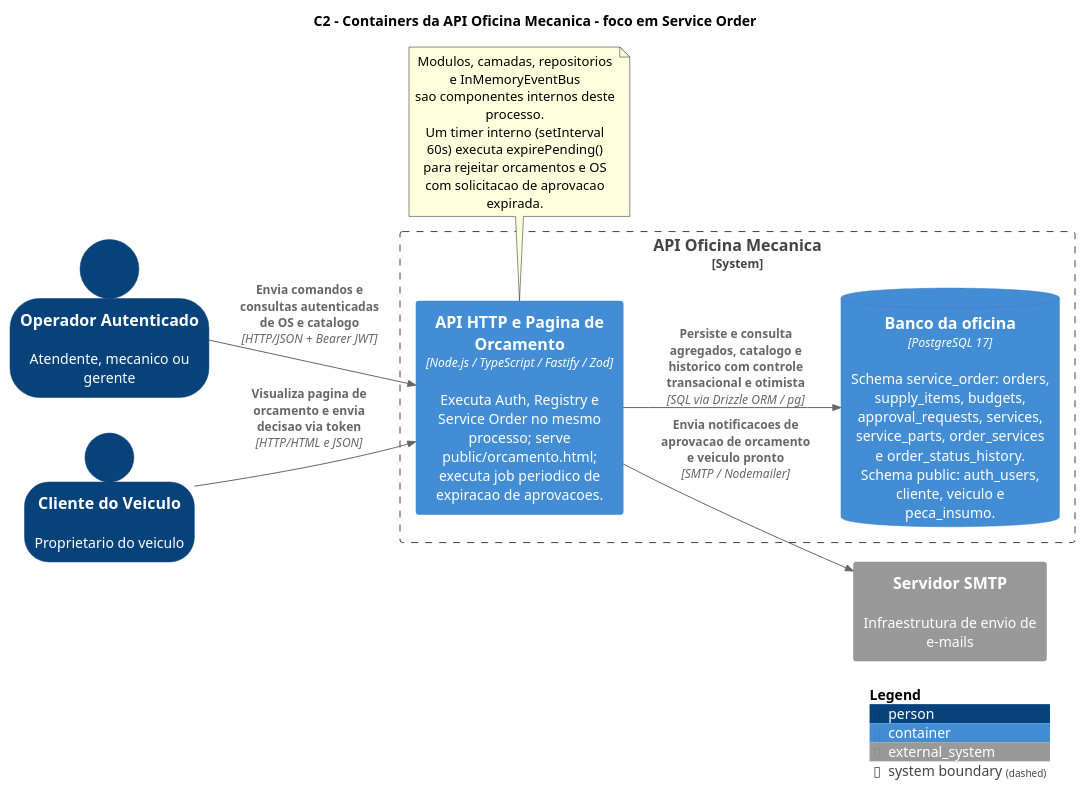
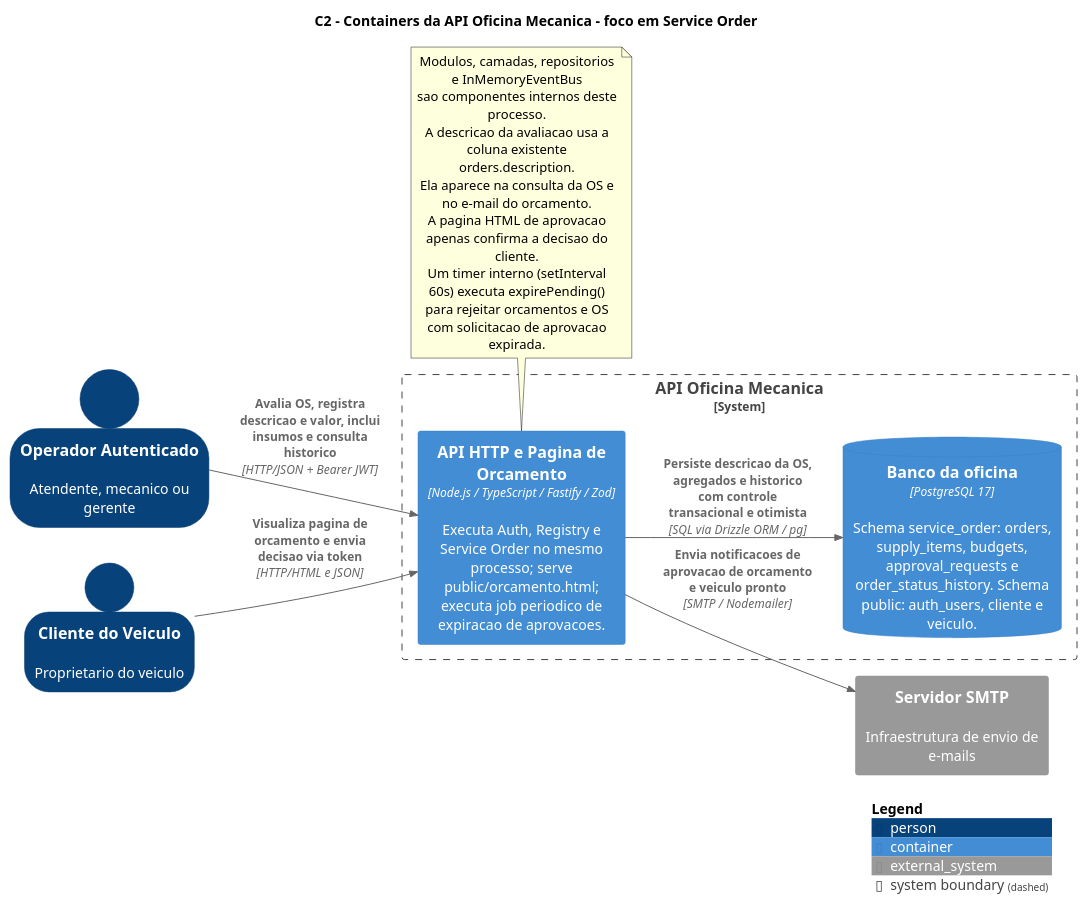
One commit to 15soat-fiap-45/api.mecanica changed the diagram in docs/plantuml/c4-service-order-containers.puml. Above: the diagram before and after it, drawn with PlantUML. The commit also changed 21 other files, not shown here.

Commit message:
feat(service-order): allow evaluation description updates and align C4 docs

```diff
--- a/docs/plantuml/c4-service-order-containers.puml
+++ b/docs/plantuml/c4-service-order-containers.puml
@@ -1,29 +1,32 @@
 @startuml service_order_c2_containers
 !include https://raw.githubusercontent.com/plantuml-stdlib/C4-PlantUML/master/C4_Container.puml
 title C2 - Containers da API Oficina Mecanica - foco em Service Order
 LAYOUT_LEFT_RIGHT()
 SHOW_PERSON_OUTLINE()
 
 Person(operator, "Operador Autenticado", "Atendente, mecanico ou gerente")
 Person(customer, "Cliente do Veiculo", "Proprietario do veiculo")
 
 System_Boundary(workshop, "API Oficina Mecanica") {
   Container(api, "API HTTP e Pagina de Orcamento", "Node.js / TypeScript / Fastify / Zod", "Executa Auth, Registry e Service Order no mesmo processo; serve public/orcamento.html; executa job periodico de expiracao de aprovacoes.")
-  ContainerDb(database, "Banco da oficina", "PostgreSQL 17", "Schema service_order: orders, supply_items, budgets, approval_requests, services, service_parts, order_services e order_status_history. Schema public: auth_users, cliente, veiculo e peca_insumo.")
+  ContainerDb(database, "Banco da oficina", "PostgreSQL 17", "Schema service_order: orders, supply_items, budgets, approval_requests e order_status_history. Schema public: auth_users, cliente e veiculo.")
 }
 
 System_Ext(smtp, "Servidor SMTP", "Infraestrutura de envio de e-mails")
 
-Rel(operator, api, "Envia comandos e consultas autenticadas de OS e catalogo", "HTTP/JSON + Bearer JWT")
+Rel(operator, api, "Avalia OS, registra descricao e valor, inclui insumos e consulta historico", "HTTP/JSON + Bearer JWT")
 Rel(customer, api, "Visualiza pagina de orcamento e envia decisao via token", "HTTP/HTML e JSON")
-Rel(api, database, "Persiste e consulta agregados, catalogo e historico com controle transacional e otimista", "SQL via Drizzle ORM / pg")
+Rel(api, database, "Persiste descricao da OS, agregados e historico com controle transacional e otimista", "SQL via Drizzle ORM / pg")
 Rel(api, smtp, "Envia notificacoes de aprovacao de orcamento e veiculo pronto", "SMTP / Nodemailer")
 
 note bottom of api
   Modulos, camadas, repositorios e InMemoryEventBus
   sao componentes internos deste processo.
+  A descricao da avaliacao usa a coluna existente orders.description.
+  Ela aparece na consulta da OS e no e-mail do orcamento.
+  A pagina HTML de aprovacao apenas confirma a decisao do cliente.
   Um timer interno (setInterval 60s) executa expirePending()
   para rejeitar orcamentos e OS com solicitacao de aprovacao expirada.
 end note
 SHOW_LEGEND()
 @enduml
```
